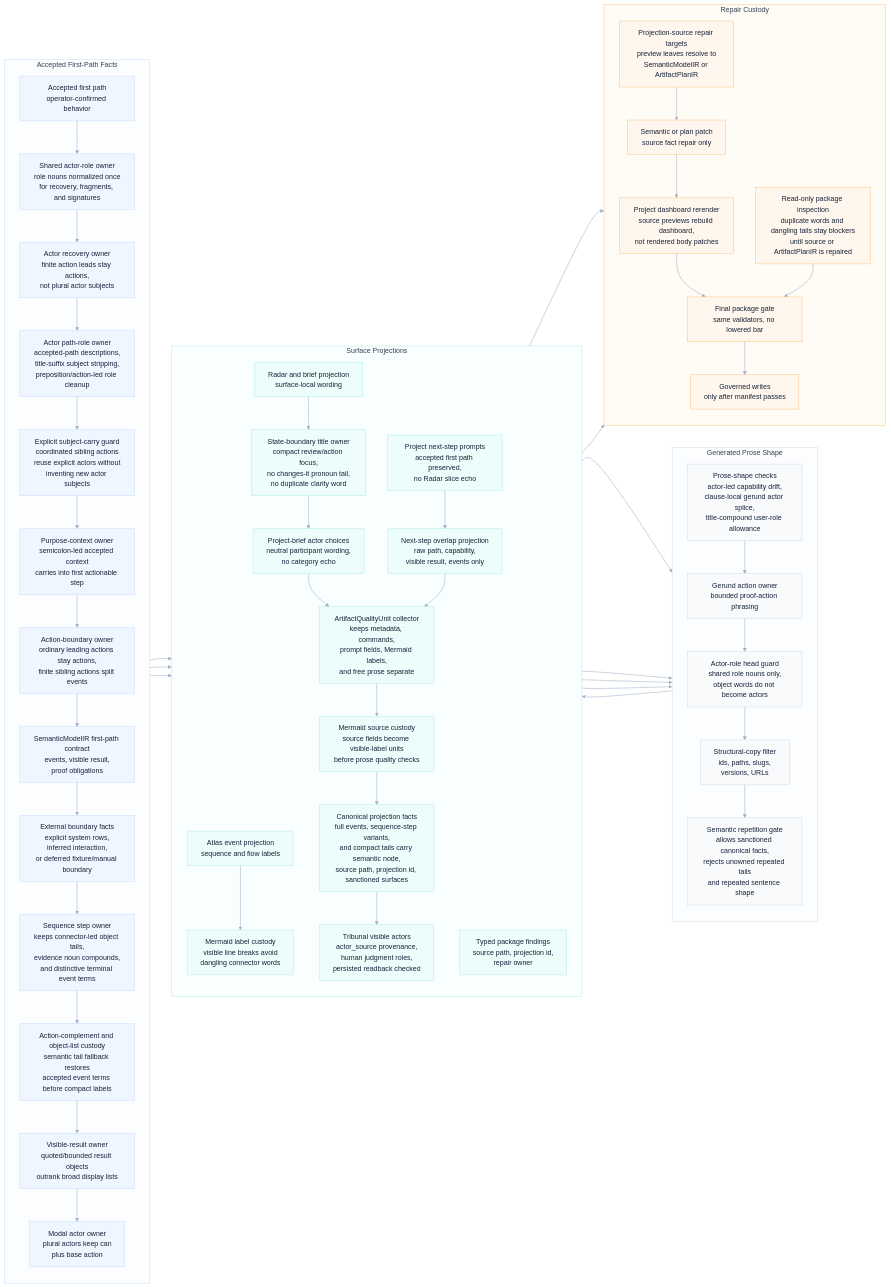
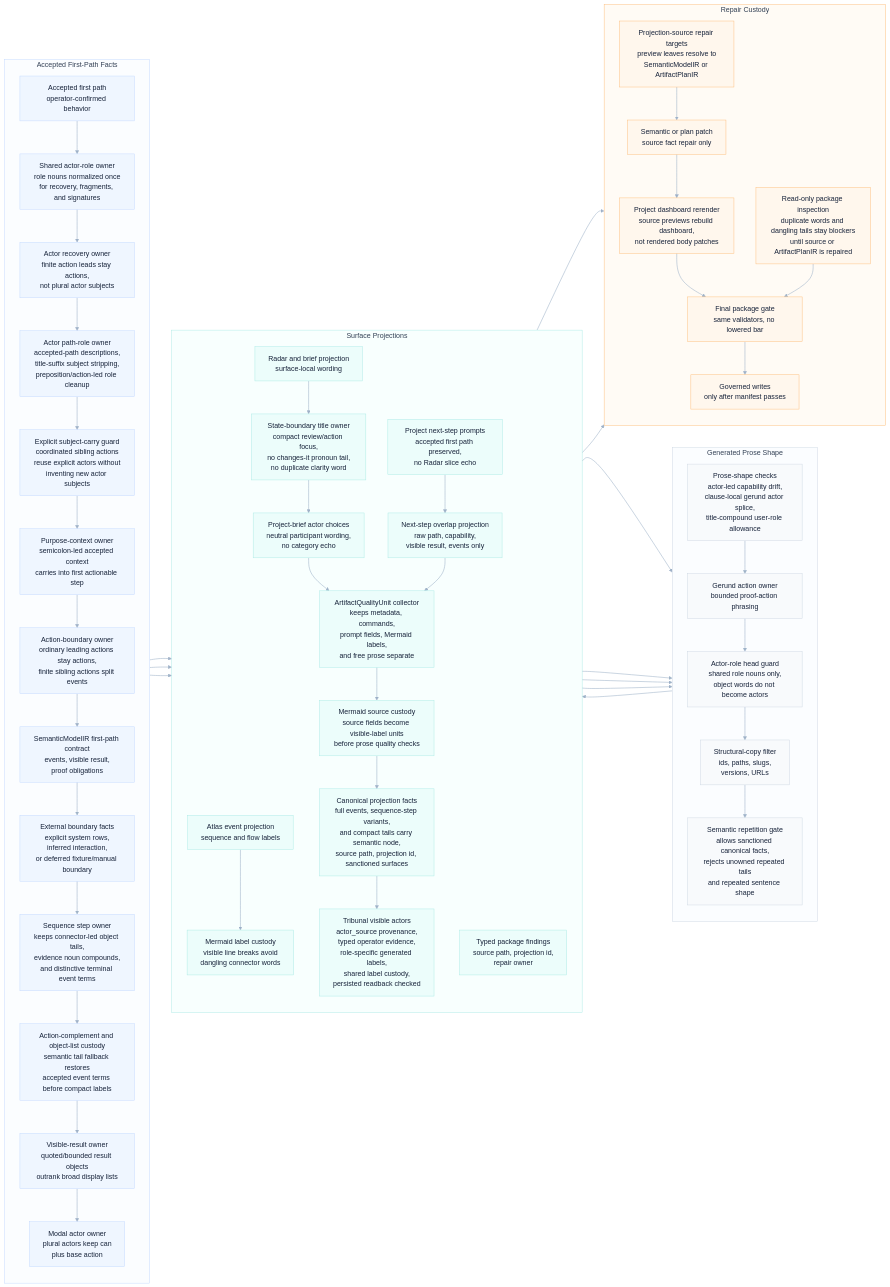
Before and after one commit to odylith/odylith: the diagram in odylith/atlas/source/greenfield-first-path-semantic-copy-custody.mmd, drawn with Mermaid. The commit also changed 65 other files, not shown here.

Commit message:
Harden greenfield actor and label custody

```diff
--- a/odylith/atlas/source/greenfield-first-path-semantic-copy-custody.mmd
+++ b/odylith/atlas/source/greenfield-first-path-semantic-copy-custody.mmd
@@ -1,108 +1,108 @@
 flowchart LR
     subgraph intent_lane["Accepted First-Path Facts"]
       direction TB
       accepted_path["Accepted first path<br/>operator-confirmed behavior"]
       actor_roles["Shared actor-role owner<br/>role nouns normalized once<br/>for recovery, fragments, and signatures"]
       actor_recovery["Actor recovery owner<br/>finite action leads stay actions,<br/>not plural actor subjects"]
       actor_path_role["Actor path-role owner<br/>accepted-path descriptions,<br/>title-suffix subject stripping,<br/>preposition/action-led role cleanup"]
       subject_carry_guard["Explicit subject-carry guard<br/>coordinated sibling actions<br/>reuse explicit actors without<br/>inventing new actor subjects"]
       purpose_context["Purpose-context owner<br/>semicolon-led accepted context<br/>carries into first actionable step"]
       action_boundary["Action-boundary owner<br/>ordinary leading actions stay actions,<br/>finite sibling actions split events"]
       semantic_contract["SemanticModelIR first-path contract<br/>events, visible result,<br/>proof obligations"]
       external_boundary["External boundary facts<br/>explicit system rows,<br/>inferred interaction,<br/>or deferred fixture/manual boundary"]
       sequence_owner["Sequence step owner<br/>keeps connector-led object tails,<br/>evidence noun compounds,<br/>and distinctive terminal event terms"]
       tail_custody["Action-complement and object-list custody<br/>semantic tail fallback restores<br/>accepted event terms before compact labels"]
       visible_result_owner["Visible-result owner<br/>quoted/bounded result objects<br/>outrank broad display lists"]
       modal_owner["Modal actor owner<br/>plural actors keep can<br/>plus base action"]
     end
 
     subgraph prose_lane["Generated Prose Shape"]
       direction TB
       shape_checks["Prose-shape checks<br/>actor-led capability drift,<br/>clause-local gerund actor splice,<br/>title-compound user-role allowance"]
       gerund_owner["Gerund action owner<br/>bounded proof-action phrasing"]
       actor_role_head_guard["Actor-role head guard<br/>shared role nouns only,<br/>object words do not become actors"]
       structural_filter["Structural-copy filter<br/>ids, paths, slugs,<br/>versions, URLs"]
       repetition_gate["Semantic repetition gate<br/>allows sanctioned canonical facts,<br/>rejects unowned repeated tails<br/>and repeated sentence shape"]
     end
 
     subgraph projection_lane["Surface Projections"]
       direction TB
       radar_projection["Radar and brief projection<br/>surface-local wording"]
       state_boundary_titles["State-boundary title owner<br/>compact review/action focus,<br/>no changes-it pronoun tail,<br/>no duplicate clarity word"]
       actor_choice_copy["Project-brief actor choices<br/>neutral participant wording,<br/>no category echo"]
       atlas_projection["Atlas event projection<br/>sequence and flow labels"]
       mermaid_label_custody["Mermaid label custody<br/>visible line breaks avoid<br/>dangling connector words"]
       next_step_prompts["Project next-step prompts<br/>accepted first path preserved,<br/>no Radar slice echo"]
       overlap_projection["Next-step overlap projection<br/>raw path, capability,<br/>visible result, events only"]
       artifact_units["ArtifactQualityUnit collector<br/>keeps metadata, commands,<br/>prompt fields, Mermaid labels,<br/>and free prose separate"]
       mermaid_source_units["Mermaid source custody<br/>source fields become visible-label units<br/>before prose quality checks"]
       canonical_facts["Canonical projection facts<br/>full events, sequence-step variants,<br/>and compact tails carry semantic node,<br/>source path, projection id, sanctioned surfaces"]
-      tribunal_actors["Tribunal visible actors<br/>actor_source provenance,<br/>human judgment roles,<br/>persisted readback checked"]
+      tribunal_actors["Tribunal visible actors<br/>actor_source provenance,<br/>typed operator evidence,<br/>role-specific generated labels,<br/>shared label custody,<br/>persisted readback checked"]
       package_findings["Typed package findings<br/>source path, projection id,<br/>repair owner"]
     end
 
     subgraph repair_lane["Repair Custody"]
       direction TB
       semantic_plan_patch["Semantic or plan patch<br/>source fact repair only"]
       projection_repair_targets["Projection-source repair targets<br/>preview leaves resolve to<br/>SemanticModelIR or ArtifactPlanIR"]
       dashboard_rerender["Project dashboard rerender<br/>source previews rebuild dashboard,<br/>not rendered body patches"]
       package_inspection["Read-only package inspection<br/>duplicate words and dangling tails stay blockers<br/>until source or ArtifactPlanIR is repaired"]
       final_gate["Final package gate<br/>same validators, no lowered bar"]
       governed_write["Governed writes<br/>only after manifest passes"]
     end
 
     accepted_path --> actor_roles
     actor_roles --> actor_recovery
     actor_recovery --> actor_path_role
     actor_path_role --> subject_carry_guard
     subject_carry_guard --> purpose_context
     purpose_context --> action_boundary
     action_boundary --> semantic_contract
     semantic_contract --> external_boundary
     external_boundary --> sequence_owner
     sequence_owner --> tail_custody
     tail_custody --> visible_result_owner
     visible_result_owner --> modal_owner
     modal_owner --> radar_projection
     modal_owner --> atlas_projection
     modal_owner --> next_step_prompts
     radar_projection --> state_boundary_titles
     state_boundary_titles --> actor_choice_copy
     radar_projection --> shape_checks
     atlas_projection --> mermaid_label_custody
     mermaid_label_custody --> shape_checks
     actor_choice_copy --> artifact_units
     next_step_prompts --> overlap_projection
     overlap_projection --> artifact_units
     artifact_units --> mermaid_source_units
     mermaid_source_units --> canonical_facts
     canonical_facts --> tribunal_actors
     tribunal_actors --> shape_checks
     shape_checks --> gerund_owner
     gerund_owner --> actor_role_head_guard
     actor_role_head_guard --> structural_filter
     structural_filter --> repetition_gate
     canonical_facts --> repetition_gate
     repetition_gate --> package_findings
     package_findings --> projection_repair_targets
     projection_repair_targets --> semantic_plan_patch
     semantic_plan_patch --> dashboard_rerender
     package_findings --> package_inspection
     dashboard_rerender --> final_gate
     package_inspection --> final_gate
     final_gate --> governed_write
 
     classDef intent fill:#EFF6FF,stroke:#BFD7FE,color:#17233A,stroke-width:1px;
     classDef prose fill:#F8FAFC,stroke:#CBD5E1,color:#17233A,stroke-width:1px;
     classDef projection fill:#ECFDFB,stroke:#A7E9E3,color:#17233A,stroke-width:1px;
     classDef repair fill:#FFF7ED,stroke:#FDBA74,color:#17233A,stroke-width:1px;
     class accepted_path,actor_roles,actor_recovery,actor_path_role,subject_carry_guard,purpose_context,action_boundary,semantic_contract,external_boundary,sequence_owner,tail_custody,visible_result_owner,modal_owner intent;
     class shape_checks,gerund_owner,actor_role_head_guard,structural_filter,repetition_gate prose;
     class radar_projection,state_boundary_titles,actor_choice_copy,atlas_projection,mermaid_label_custody,next_step_prompts,overlap_projection,artifact_units,mermaid_source_units,canonical_facts,tribunal_actors,package_findings projection;
     class semantic_plan_patch,projection_repair_targets,dashboard_rerender,package_inspection,final_gate,governed_write repair;
 
     style intent_lane fill:#FBFDFF,stroke:#BFD7FE,stroke-width:1px,color:#334155
     style prose_lane fill:#FBFDFF,stroke:#CBD5E1,stroke-width:1px,color:#334155
     style projection_lane fill:#F8FFFE,stroke:#A7E9E3,stroke-width:1px,color:#334155
     style repair_lane fill:#FFFBF5,stroke:#FDBA74,stroke-width:1px,color:#334155
     linkStyle default stroke:#9FB2C8,stroke-width:1.25px
```
